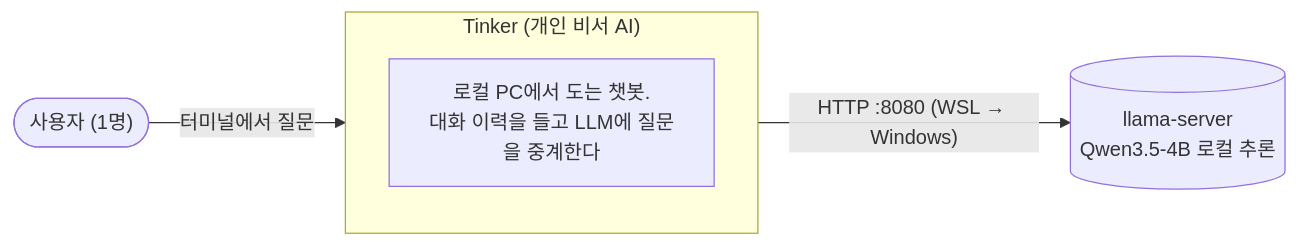
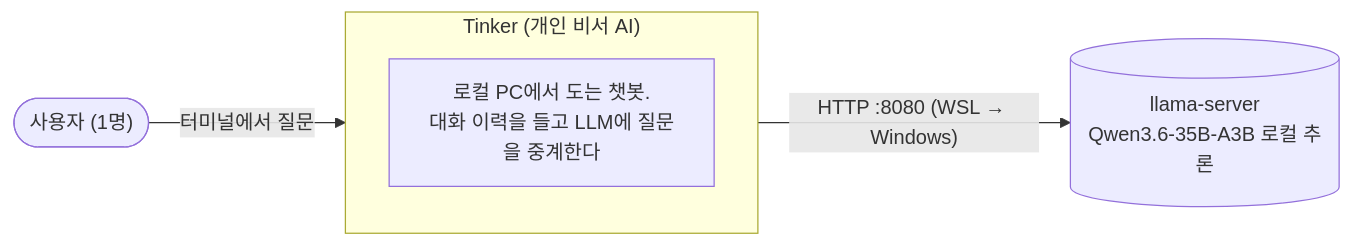
The first of 4 diagrams in docs/architecture.md (RyanKim0830/Tinker), drawn with Mermaid before and after one commit. The commit also changed other lines of this file and 4 other files, not shown here.

````diff
--- a/docs/architecture.md
+++ b/docs/architecture.md
@@ -8,11 +8,11 @@
 ```mermaid
 flowchart LR
     user(["사용자 (1명)"])
     subgraph tinker["Tinker (개인 비서 AI)"]
         direction TB
         t["로컬 PC에서 도는 챗봇.<br/>대화 이력을 들고 LLM에 질문을 중계한다"]
     end
-    llm[("llama-server<br/>Qwen3.5-4B 로컬 추론")]
+    llm[("llama-server<br/>Qwen3.6-35B-A3B 로컬 추론")]
     user -- "터미널에서 질문" --> tinker
     tinker -- "HTTP :8080 (WSL → Windows)" --> llm
 ```
````
